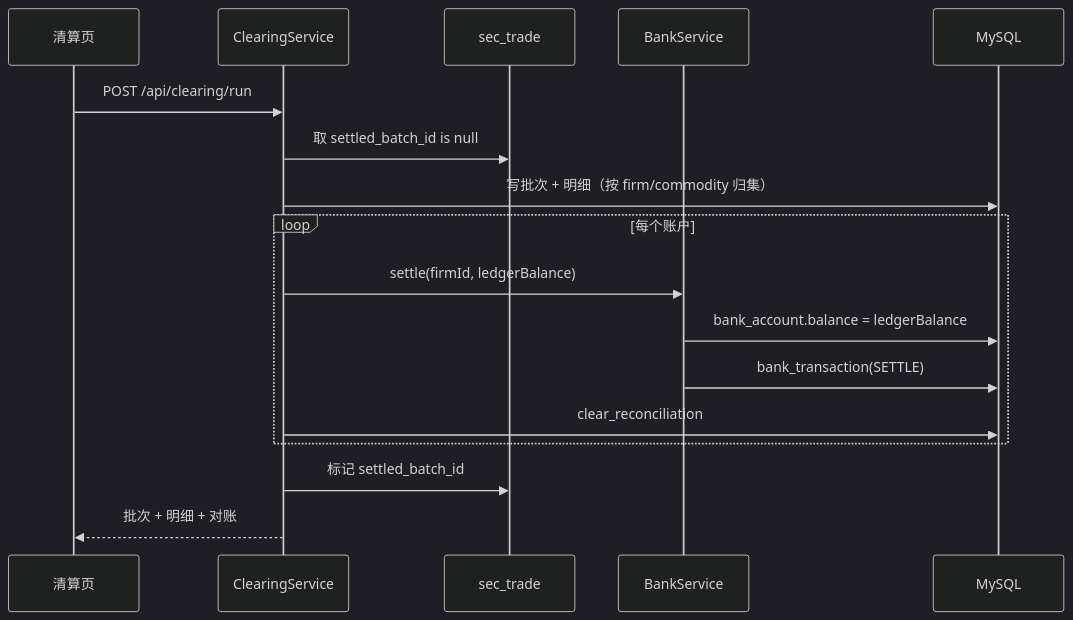
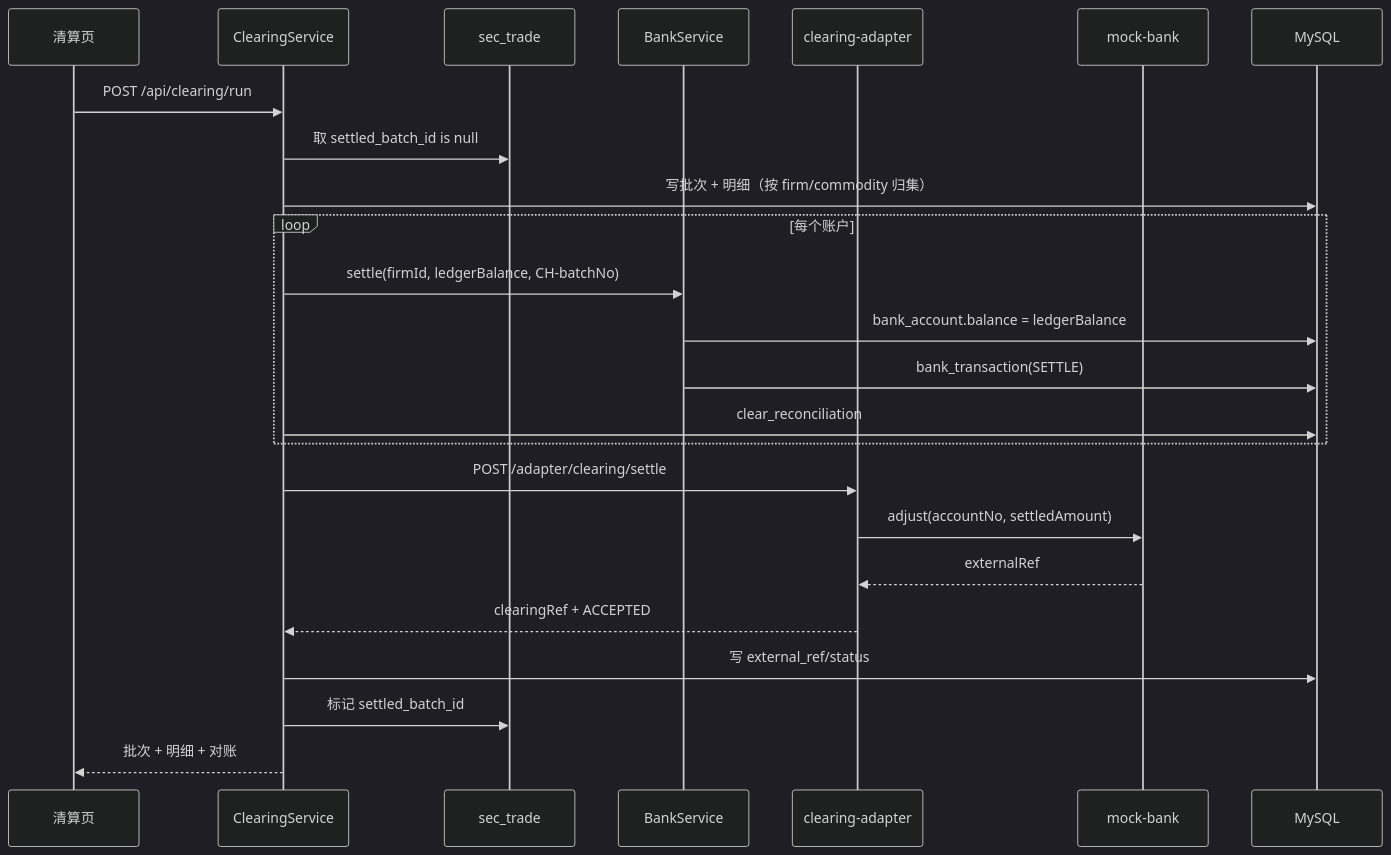
The third of 3 diagrams in docs/ARCHITECTURE.md (Wing233/clearhub-trade-demo), drawn with Mermaid (dark theme) before and after one commit. The commit also changed other lines of this file and 90 other files, not shown here.

Commit message:
Add clearing house adapter and mock bank integration

````diff
--- a/docs/ARCHITECTURE.md
+++ b/docs/ARCHITECTURE.md
@@ -166,19 +198,26 @@
 ```mermaid
 sequenceDiagram
   participant C as 清算页
   participant S as ClearingService
   participant T as sec_trade
   participant B as BankService
+  participant AD as clearing-adapter
+  participant MB as mock-bank
   participant DB as MySQL
   C->>S: POST /api/clearing/run
   S->>T: 取 settled_batch_id is null
   S->>DB: 写批次 + 明细（按 firm/commodity 归集）
   loop 每个账户
-    S->>B: settle(firmId, ledgerBalance)
+    S->>B: settle(firmId, ledgerBalance, CH-batchNo)
     B->>DB: bank_account.balance = ledgerBalance
     B->>DB: bank_transaction(SETTLE)
     S->>DB: clear_reconciliation
   end
+  S->>AD: POST /adapter/clearing/settle
+  AD->>MB: adjust(accountNo, settledAmount)
+  MB-->>AD: externalRef
+  AD-->>S: clearingRef + ACCEPTED
+  S->>DB: 写 external_ref/status
   S->>T: 标记 settled_batch_id
   S-->>C: 批次 + 明细 + 对账
 ```
````
